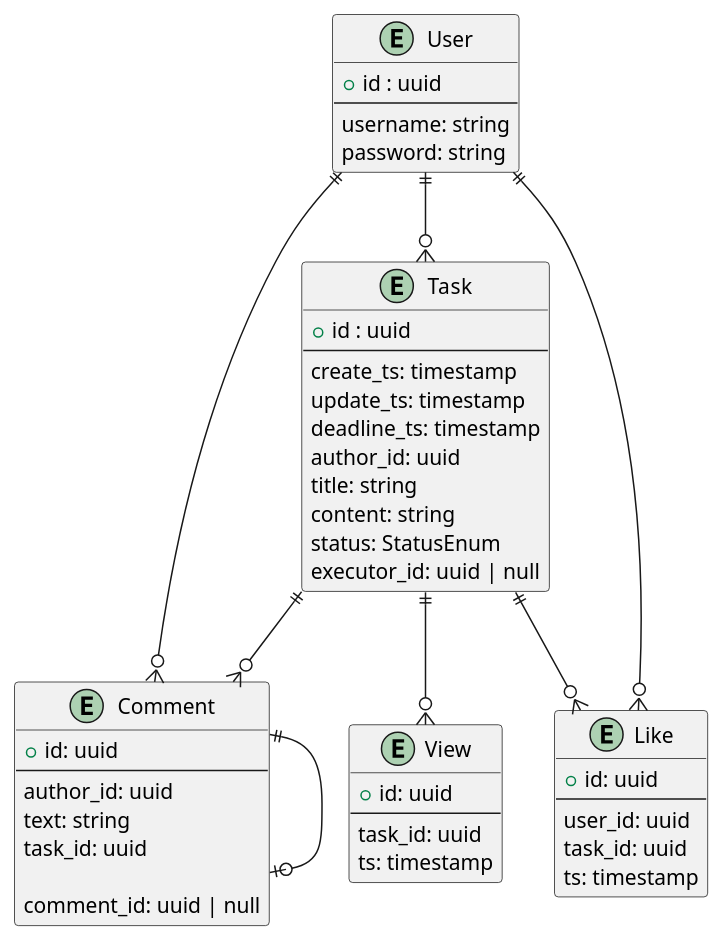
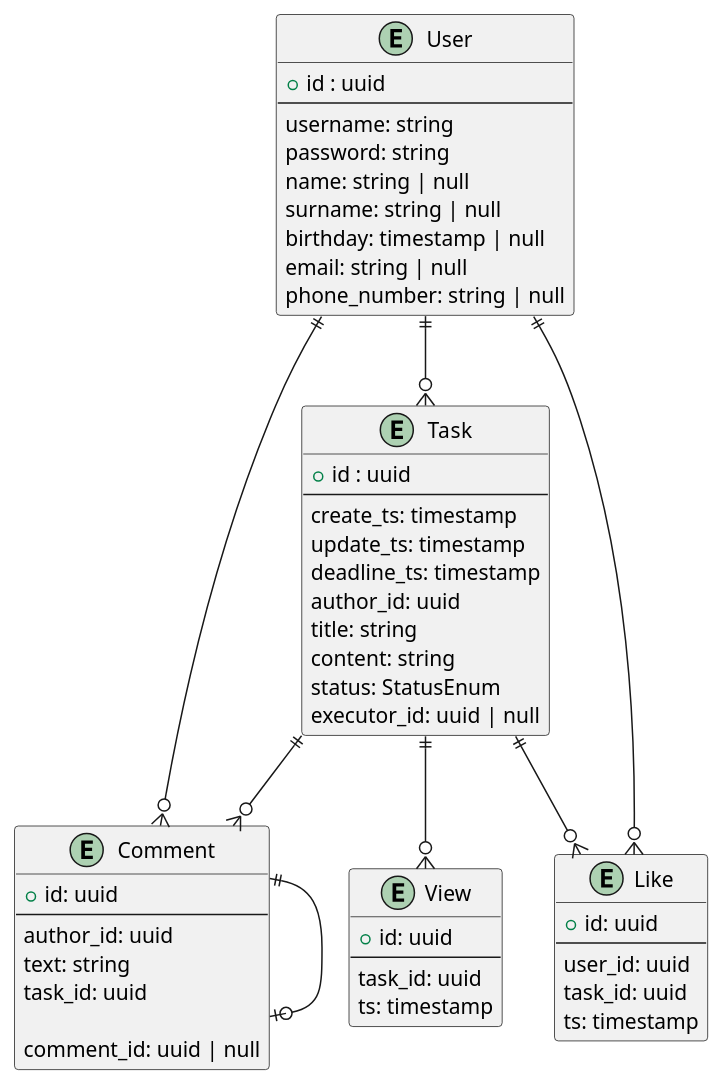
Before and after one commit to Baalaandaa/hse_task_tracker: the diagram in docs/er-diagram.puml, drawn with PlantUML. The commit also changed 1 other file, not shown here.

```diff
--- a/docs/er-diagram.puml
+++ b/docs/er-diagram.puml
@@ -1,58 +1,63 @@
 @startuml
 
 entity "User" as user {
   + id : uuid
   --
   username: string
   password: string
+  name: string | null
+  surname: string | null
+  birthday: timestamp | null
+  email: string | null
+  phone_number: string | null
 }
 
 entity "Task" as task {
   + id : uuid
   --
   create_ts: timestamp
   update_ts: timestamp
   deadline_ts: timestamp
   author_id: uuid
   title: string
   content: string
   status: StatusEnum
   executor_id: uuid | null
 }
 
 entity "Comment" as comment {
   + id: uuid
   --
   author_id: uuid
   text: string
   task_id: uuid
 
   comment_id: uuid | null
 }
 
 entity "Like" as like {
   + id: uuid
   --
   user_id: uuid
   task_id: uuid
   ts: timestamp
 }
 
 entity "View" as view {
   + id: uuid
   --
   task_id: uuid
   ts: timestamp
 }
 
 user ||--o{ task
 user ||--o{ like
 
 user ||--o{ comment
 comment ||--o| comment
 task ||--o{ comment
 
 task ||--o{ like
 task ||--o{ view
 
 @enduml
```
